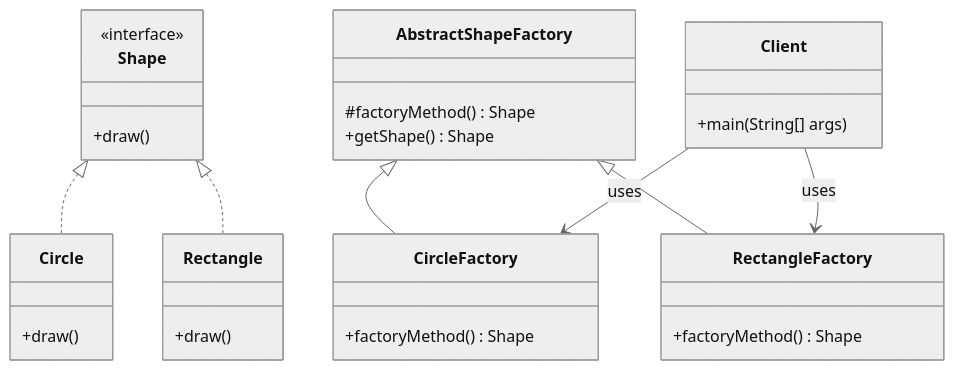
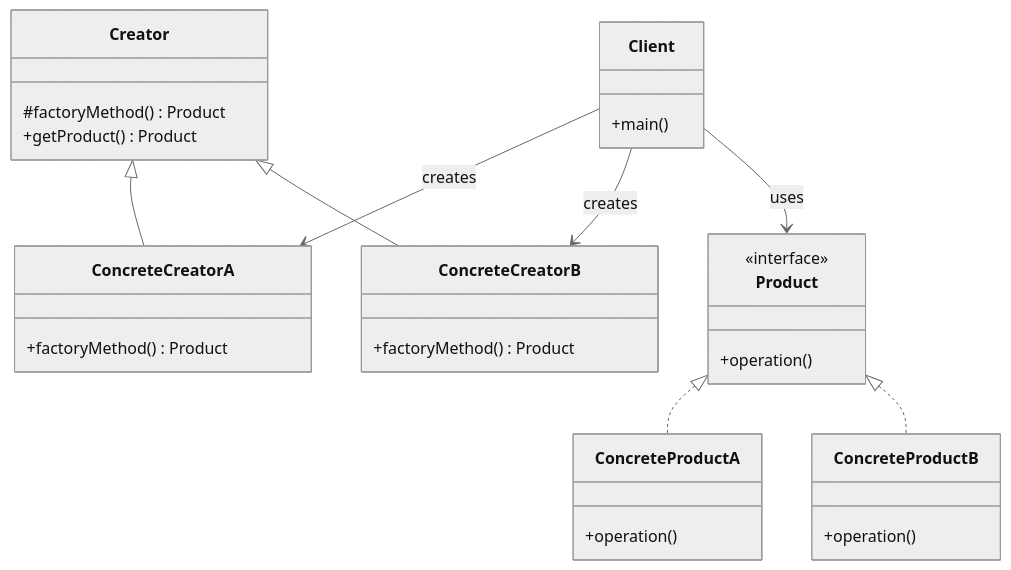
The diagram in design/patternsjava/FactoryMethod/strictType/Readme.md (Naveen3251/LLD-Tutorial), drawn with Mermaid (neutral theme) before and after one commit.

Commit message:
updated class diagram

````diff
--- a/design/patternsjava/FactoryMethod/strictType/Readme.md
+++ b/design/patternsjava/FactoryMethod/strictType/Readme.md
@@ -28,46 +28,48 @@
 ```mermaid
 classDiagram
     %% Product Interface
-    class Shape {
+    class Product {
         <<interface>>
-        +draw()
+        +operation()
     }
 
     %% Concrete Products
-    class Circle {
-        +draw()
+    class ConcreteProductA {
+        +operation()
     }
 
-    class Rectangle {
-        +draw()
+    class ConcreteProductB {
+        +operation()
     }
 
-    Shape <|.. Circle
-    Shape <|.. Rectangle
+    Product <|.. ConcreteProductA
+    Product <|.. ConcreteProductB
 
-    %% Creator
-    class AbstractShapeFactory {
-        #factoryMethod() Shape
-        +getShape() Shape
+    %% Abstract Creator
+    class Creator {
+        #factoryMethod() Product
+        +getProduct() Product
     }
 
     %% Concrete Creators
-    class CircleFactory {
-        +factoryMethod() Shape
+    class ConcreteCreatorA {
+        +factoryMethod() Product
     }
 
-    class RectangleFactory {
-        +factoryMethod() Shape
+    class ConcreteCreatorB {
+        +factoryMethod() Product
     }
 
-    AbstractShapeFactory <|-- CircleFactory
-    AbstractShapeFactory <|-- RectangleFactory
+    Creator <|-- ConcreteCreatorA
+    Creator <|-- ConcreteCreatorB
 
     %% Client
     class Client {
-        +main(String[] args)
+        +main()
     }
 
-    Client --> CircleFactory : uses
-    Client --> RectangleFactory : uses
+    Client --> ConcreteCreatorA : creates
+    Client --> ConcreteCreatorB : creates
+    Client --> Product : uses
+
 ```
````
